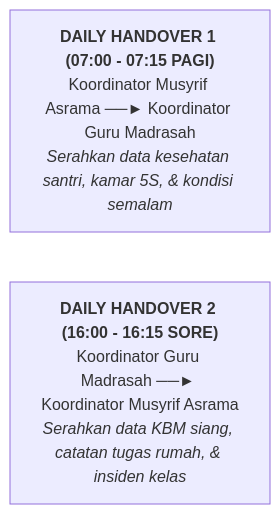
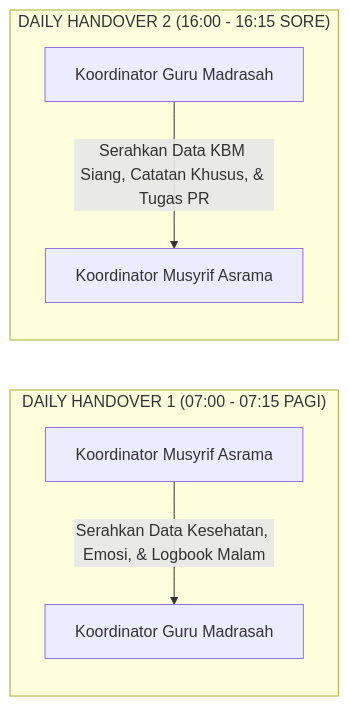
The diagram in BOOK Series 2/Volume-05-Manual-Operasional-SOP-24Jam-dan-Tata-Kelola/Bab-02-Manajemen-Shift-Musyrif-4-Shift/03-Protokol-Daily-Handover.md (wandiapriliyandi/tumbuh), drawn with Mermaid before and after one commit. The commit also changed other lines of this file and 61 other files, not shown here.

````diff
--- a/BOOK Series 2/Volume-05-Manual-Operasional-SOP-24Jam-dan-Tata-Kelola/Bab-02-Manajemen-Shift-Musyrif-4-Shift/03-Protokol-Daily-Handover.md
+++ b/BOOK Series 2/Volume-05-Manual-Operasional-SOP-24Jam-dan-Tata-Kelola/Bab-02-Manajemen-Shift-Musyrif-4-Shift/03-Protokol-Daily-Handover.md
@@ -9,6 +13,10 @@
 ```mermaid
 flowchart LR
-    H1["<b>DAILY HANDOVER 1 (07:00 - 07:15 PAGI)</b><br/>Koordinator Musyrif Asrama ──► Koordinator Guru Madrasah<br/><i>Serahkan data kesehatan santri, kamar 5S, & kondisi semalam</i>"]
-    
-    H2["<b>DAILY HANDOVER 2 (16:00 - 16:15 SORE)</b><br/>Koordinator Guru Madrasah ──► Koordinator Musyrif Asrama<br/><i>Serahkan data KBM siang, catatan tugas rumah, & insiden kelas</i>"]
+    subgraph Pagi["DAILY HANDOVER 1 (07:00 - 07:15 PAGI)"]
+        A1["Koordinator Musyrif Asrama"] -->|Serahkan Data Kesehatan, Emosi, & Logbook Malam| B1["Koordinator Guru Madrasah"]
+    end
+
+    subgraph Sore["DAILY HANDOVER 2 (16:00 - 16:15 SORE)"]
+        B2["Koordinator Guru Madrasah"] -->|Serahkan Data KBM Siang, Catatan Khusus, & Tugas PR| A2["Koordinator Musyrif Asrama"]
+    end
 ```
````
